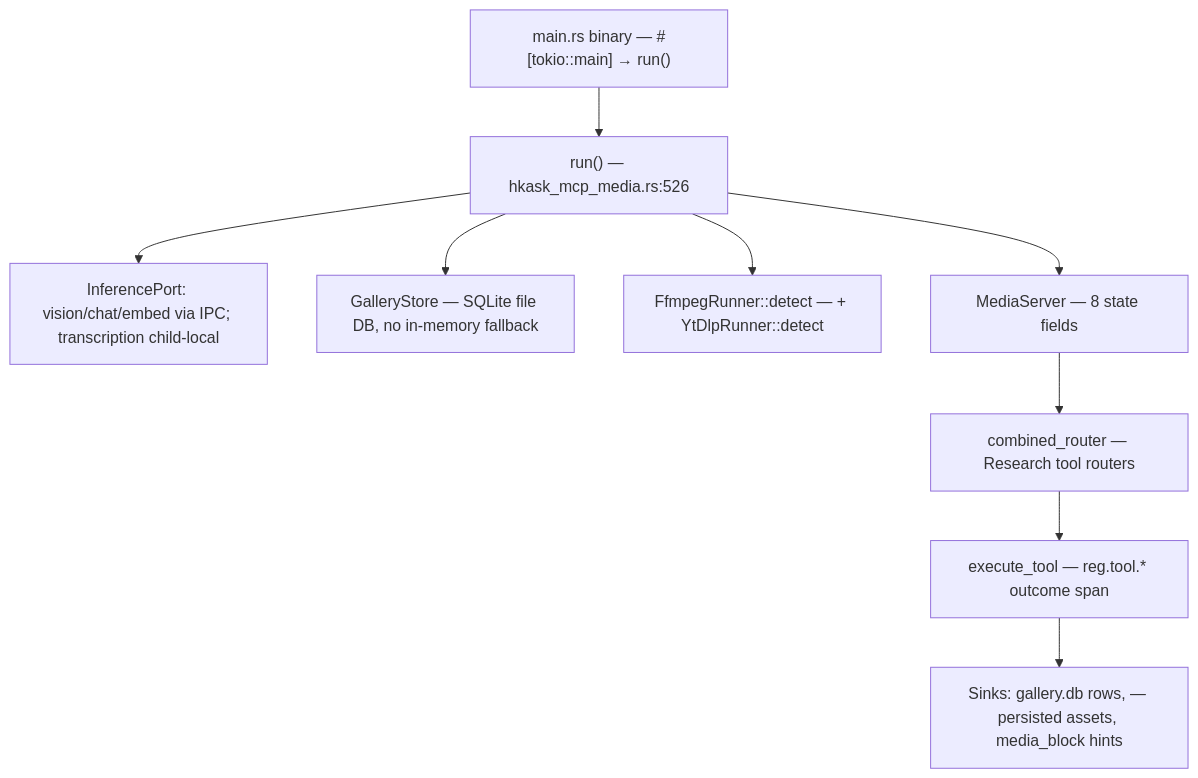
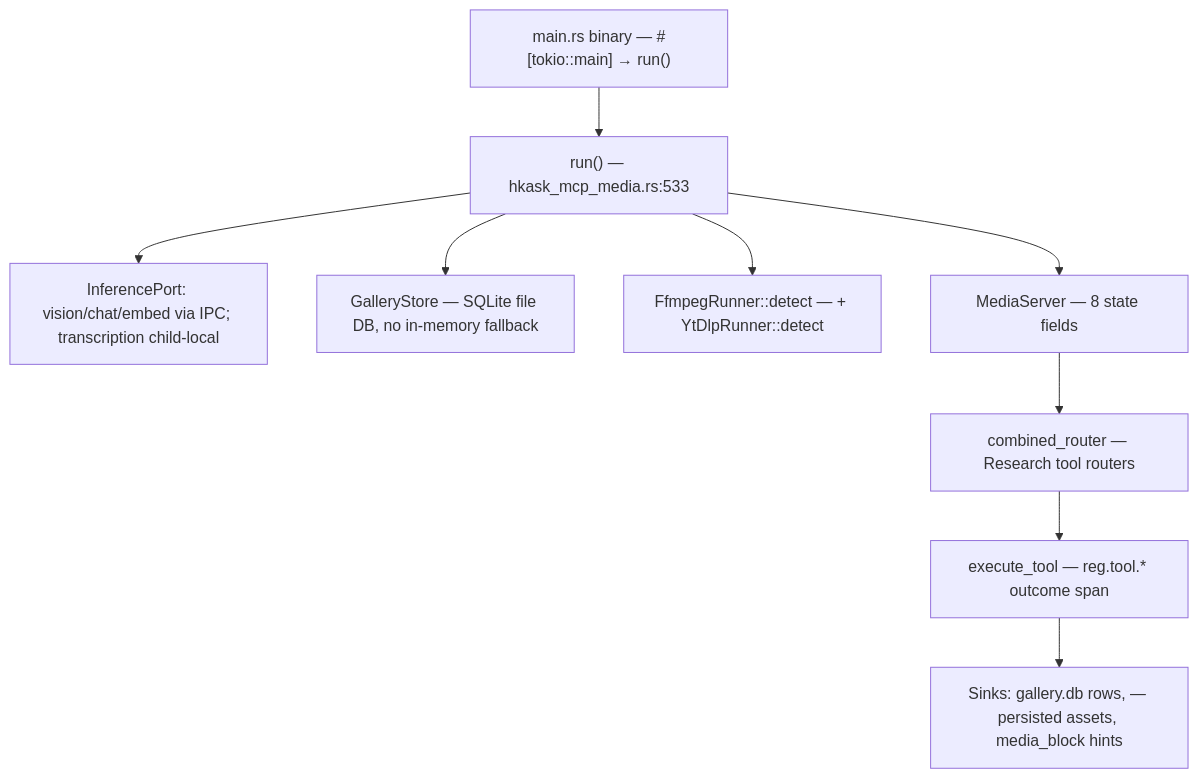
One commit to mdz-axo/zed-kask changed the first of 3 diagrams in kask/docs/reference/mcp-servers/media.md. Above: the diagram before and after it, drawn with Mermaid. The commit also changed other lines of this file and 71 other files, not shown here.

````diff
--- a/kask/docs/reference/mcp-servers/media.md
+++ b/kask/docs/reference/mcp-servers/media.md
@@ -31,21 +31,21 @@
 ```mermaid
 flowchart TD
     binary["main.rs binary — #[tokio::main] → run()"]
-    run["run() — hkask_mcp_media.rs:526"]
+    run["run() — hkask_mcp_media.rs:533"]
     port["InferencePort: vision/chat/embed via IPC; transcription child-local"]
     db["GalleryStore — SQLite file DB, no in-memory fallback"]
     ffmpeg["FfmpegRunner::detect — + YtDlpRunner::detect"]
     server["MediaServer — 8 state fields"]
     router["combined_router — Research tool routers"]
     dispatch["execute_tool — reg.tool.* outcome span"]
     sinks["Sinks: gallery.db rows, — persisted assets, media_block hints"]
 
     binary --> run
     run --> port
     run --> db
     run --> ffmpeg
     run --> server
     server --> router
     router --> dispatch
     dispatch --> sinks
 ```
````
